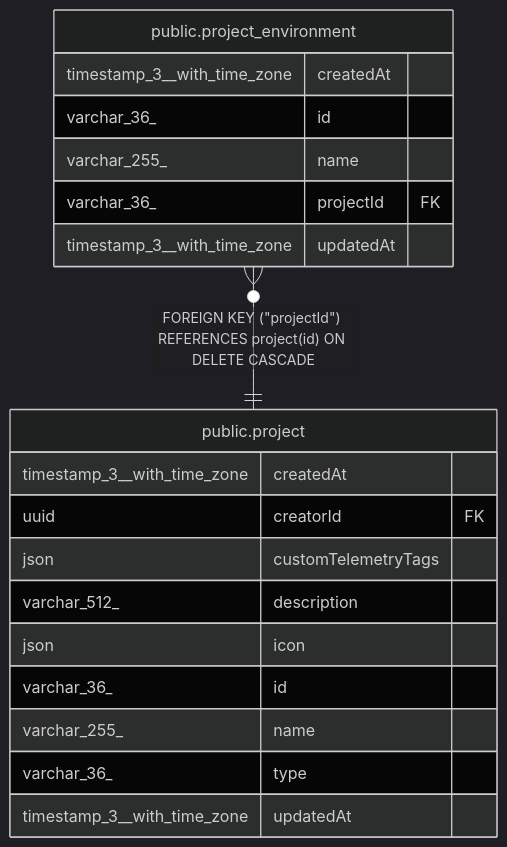
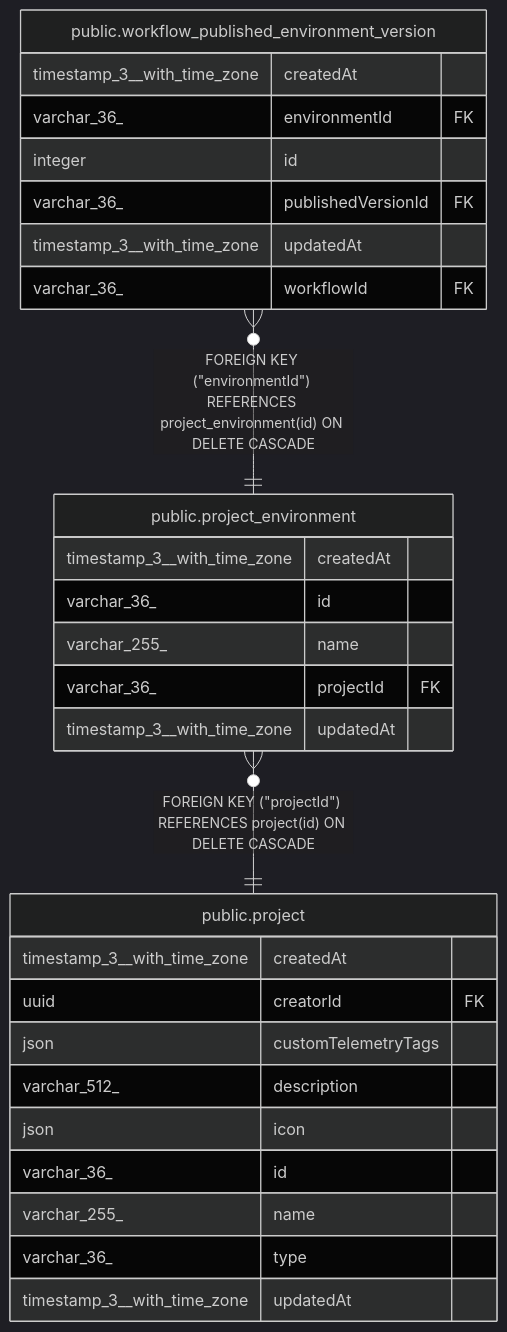
Before and after one commit to mayankjain1815-commits/n8n: the diagram in docs/generated/postgres-schema/public.project_environment.md, drawn with Mermaid (dark theme). The commit also changed other lines of this file and 36 other files, not shown here.

````diff
--- a/docs/generated/postgres-schema/public.project_environment.md
+++ b/docs/generated/postgres-schema/public.project_environment.md
@@ -34,24 +34,33 @@
 ```mermaid
 erDiagram
 
+"public.workflow_published_environment_version" }o--|| "public.project_environment" : "FOREIGN KEY (#quot;environmentId#quot;) REFERENCES project_environment(id) ON DELETE CASCADE"
 "public.project_environment" }o--|| "public.project" : "FOREIGN KEY (#quot;projectId#quot;) REFERENCES project(id) ON DELETE CASCADE"
 
 "public.project_environment" {
   timestamp_3__with_time_zone createdAt
   varchar_36_ id
   varchar_255_ name
   varchar_36_ projectId FK
   timestamp_3__with_time_zone updatedAt
+}
+"public.workflow_published_environment_version" {
+  timestamp_3__with_time_zone createdAt
+  varchar_36_ environmentId FK
+  integer id
+  varchar_36_ publishedVersionId FK
+  timestamp_3__with_time_zone updatedAt
+  varchar_36_ workflowId FK
 }
 "public.project" {
   timestamp_3__with_time_zone createdAt
   uuid creatorId FK
   json customTelemetryTags
   varchar_512_ description
   json icon
   varchar_36_ id
   varchar_255_ name
   varchar_36_ type
   timestamp_3__with_time_zone updatedAt
 }
 ```
````
